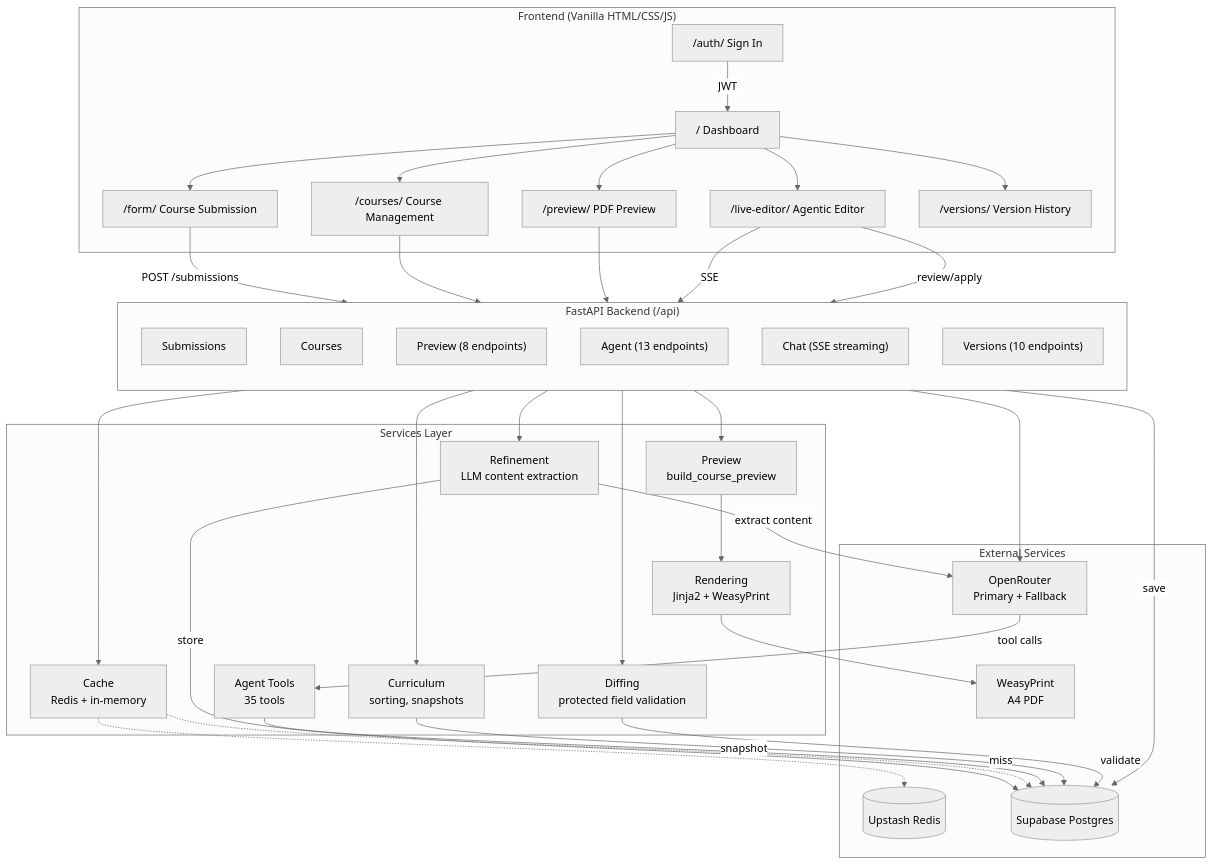
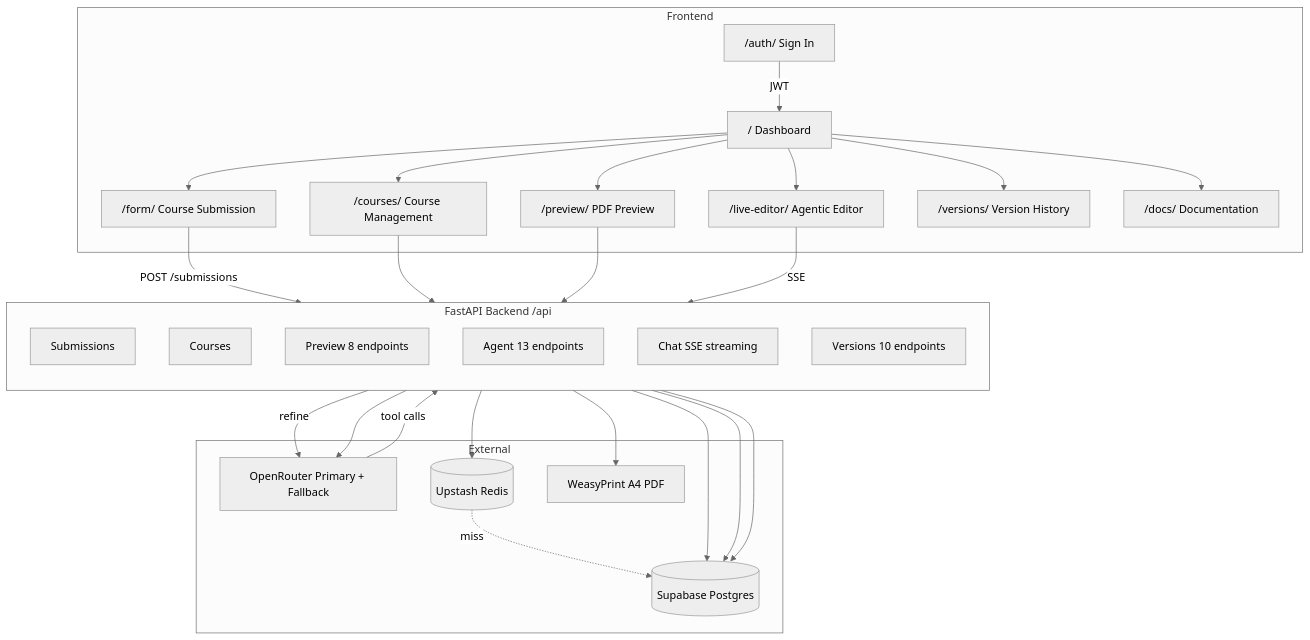
The diagram in README.md (LonelyGuy-SE1/PESU-Curriculum-Automation), drawn with Mermaid (neutral theme) before and after one commit. The commit also changed other lines of this file and 15 other files, not shown here.

````diff
--- a/README.md
+++ b/README.md
@@ -41,71 +42,51 @@
 ```mermaid
 flowchart TB
-    subgraph Frontend["Frontend (Vanilla HTML/CSS/JS)"]
+    subgraph Frontend
         Auth["/auth/ Sign In"]
         Dashboard["/ Dashboard"]
         Form["/form/ Course Submission"]
         Courses["/courses/ Course Management"]
         Preview["/preview/ PDF Preview"]
         Editor["/live-editor/ Agentic Editor"]
         Versions["/versions/ Version History"]
+        Docs["/docs/ Documentation"]
     end
 
-    subgraph Backend["FastAPI Backend (/api)"]
+    subgraph Backend["FastAPI Backend /api"]
         direction TB
         SubAPI["Submissions"]
         CoursesAPI["Courses"]
-        PreviewAPI["Preview (8 endpoints)"]
-        AgentAPI["Agent (13 endpoints)"]
-        ChatAPI["Chat (SSE streaming)"]
-        VersionsAPI["Versions (10 endpoints)"]
+        PreviewAPI["Preview 8 endpoints"]
+        AgentAPI["Agent 13 endpoints"]
+        ChatAPI["Chat SSE streaming"]
+        VersionsAPI["Versions 10 endpoints"]
     end
 
-    subgraph Services["Services Layer"]
-        Refinement["Refinement\nLLM content extraction"]
-        AgentTools["Agent Tools\n35 tools"]
-        Diffing["Diffing\nprotected field validation"]
-        Curriculum["Curriculum\nsorting, snapshots"]
-        PreviewSvc["Preview\nbuild_course_preview"]
-        Rendering["Rendering\nJinja2 + WeasyPrint"]
-        Cache["Cache\nRedis + in-memory"]
-    end
-
-    subgraph External["External Services"]
-        LLM["OpenRouter\nPrimary + Fallback"]
+    subgraph External
+        LLM["OpenRouter Primary + Fallback"]
         Redis[("Upstash Redis")]
         Supa[(Supabase Postgres)]
-        WeasyPrint["WeasyPrint\nA4 PDF"]
+        WeasyPrint["WeasyPrint A4 PDF"]
     end
 
     Auth -->|"JWT"| Dashboard
-    Dashboard --> Form & Courses & Preview & Editor & Versions
+    Dashboard --> Form & Courses & Preview & Editor & Versions & Docs
 
     Form -->|"POST /submissions"| SubAPI
-    SubAPI --> Refinement
-    Refinement -->|"extract content"| LLM
-    Refinement -->|"store"| Supa
+    SubAPI -->|"refine"| LLM
+    SubAPI --> Supa
 
     Courses --> CoursesAPI
-    CoursesAPI --> Cache
-    Cache -.->|"miss"| Supa
+    CoursesAPI --> Redis
+    Redis -.->|"miss"| Supa
 
     Preview --> PreviewAPI
-    PreviewAPI --> PreviewSvc
-    PreviewSvc --> Rendering
-    Rendering --> WeasyPrint
+    PreviewAPI --> WeasyPrint
 
     Editor -->|"SSE"| ChatAPI
     ChatAPI --> LLM
-    LLM -->|"tool calls"| AgentTools
-    AgentTools --> Supa
-    ChatAPI -->|"save"| Supa
+    LLM -->|"tool calls"| AgentAPI
+    AgentAPI --> Supa
 
-    VersionsAPI --> Curriculum
-    Curriculum -->|"snapshot"| Supa
-
-    Editor -->|"review/apply"| AgentAPI
-    AgentAPI --> Diffing
-    Diffing -->|"validate"| Supa
-
-    Cache -.-> Redis
+    VersionsAPI --> Supa
 ```
````
